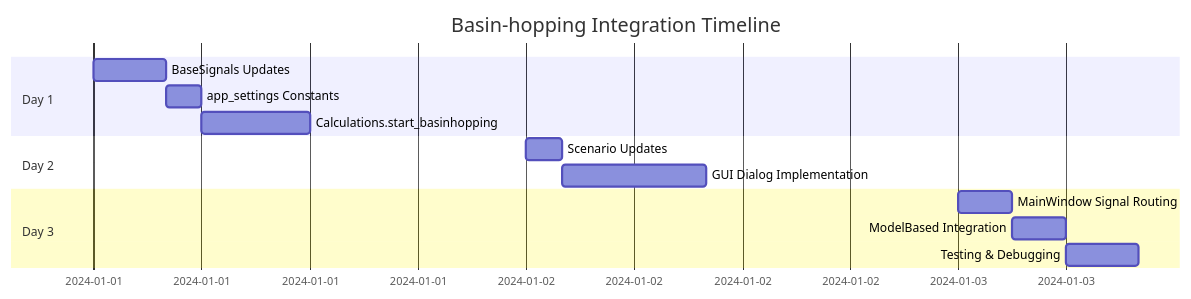
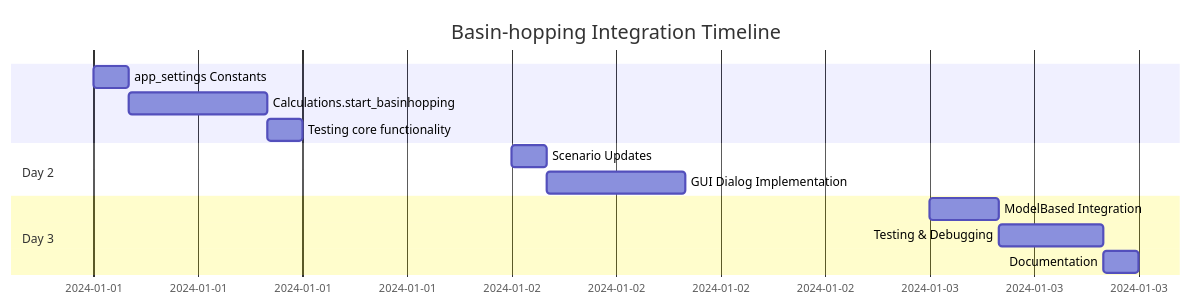
The third of 3 diagrams in development_plan.md (kdavjd/Open_ThermoKinetics), drawn with Mermaid before and after one commit. The commit also changed other lines of this file and 1 other file, not shown here.

First line of the commit message:
feat: Integrate basinhopping optimization into existing architecture

````diff
--- a/development_plan.md
+++ b/development_plan.md
@@ -716,18 +691,17 @@
 ```mermaid
 gantt
     title Basin-hopping Integration Timeline
-    dateFormat  YYYY-MM-DD
-    section Day 1
-    BaseSignals Updates           :d1-1, 2024-01-01, 4h
-    app_settings Constants        :d1-2, after d1-1, 2h
-    Calculations.start_basinhopping :d1-3, after d1-2, 6h
+    dateFormat  YYYY-MM-DD    section Day 1
+    app_settings Constants        :d1-1, 2024-01-01, 2h
+    Calculations.start_basinhopping :d1-2, after d1-1, 8h
+    Testing core functionality    :d1-3, after d1-2, 2h
     
     section Day 2
     Scenario Updates              :d2-1, 2024-01-02, 2h
     GUI Dialog Implementation     :d2-2, after d2-1, 8h
     
     section Day 3
-    MainWindow Signal Routing     :d3-1, 2024-01-03, 3h
-    ModelBased Integration        :d3-2, after d3-1, 3h
-    Testing & Debugging           :d3-3, after d3-2, 4h
+    ModelBased Integration        :d3-1, 2024-01-03, 4h
+    Testing & Debugging           :d3-2, after d3-1, 6h
+    Documentation                 :d3-3, after d3-2, 2h
 ```
````
